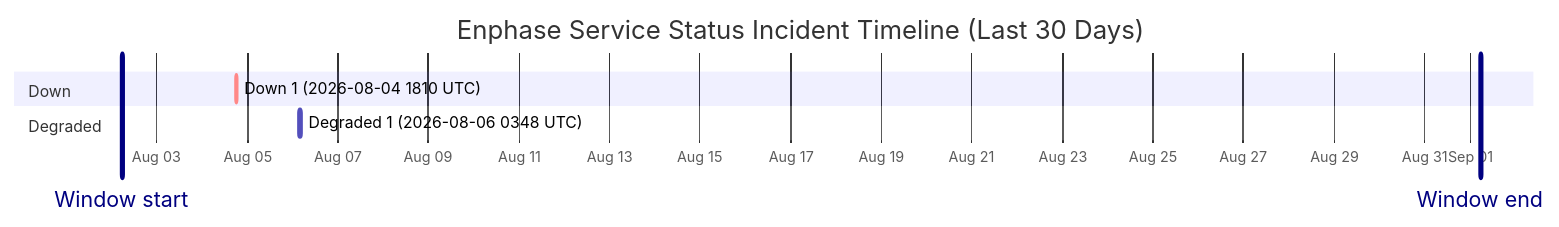
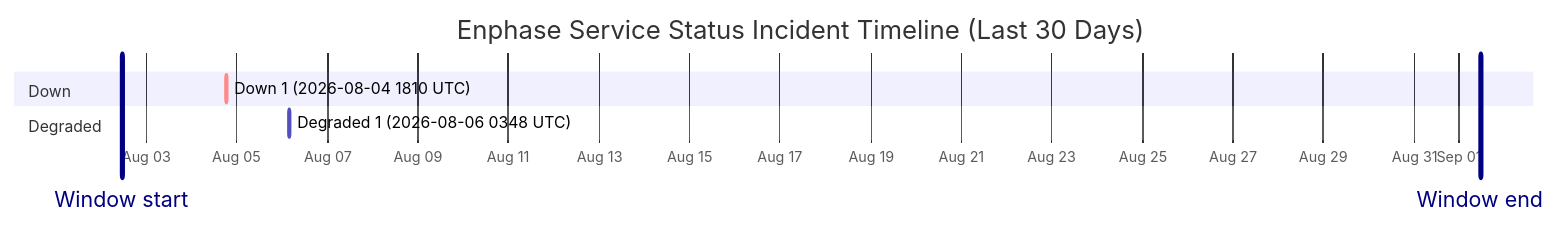
The diagram in wiki/Service-Status-History.md (barneyonline/ha-enphase-energy), drawn with Mermaid before and after one commit. The commit also changed other lines of this file and 3 other files, not shown here.

````diff
--- a/wiki/Service-Status-History.md
+++ b/wiki/Service-Status-History.md
@@ -14,12 +14,12 @@
 ```mermaid
 gantt
     title Enphase Service Status Incident Timeline (Last 30 Days)
     dateFormat  YYYY-MM-DDTHH:mm:ss
     axisFormat  %b %d
-    Window start :vert, window-start, 2026-08-02T05:32:45, 0ms
-    Window end :vert, window-end, 2026-09-01T05:32:45, 0ms
+    Window start :vert, window-start, 2026-08-02T11:07:38, 0ms
+    Window end :vert, window-end, 2026-09-01T11:07:38, 0ms
     section Down
     Down 1 (2026-08-04 1810 UTC) :crit, down-1, 2026-08-04T18:10:46, 60m
     section Degraded
     Degraded 1 (2026-08-06 0348 UTC) :active, degraded-1, 2026-08-06T03:48:14, 60m
 ```
````
